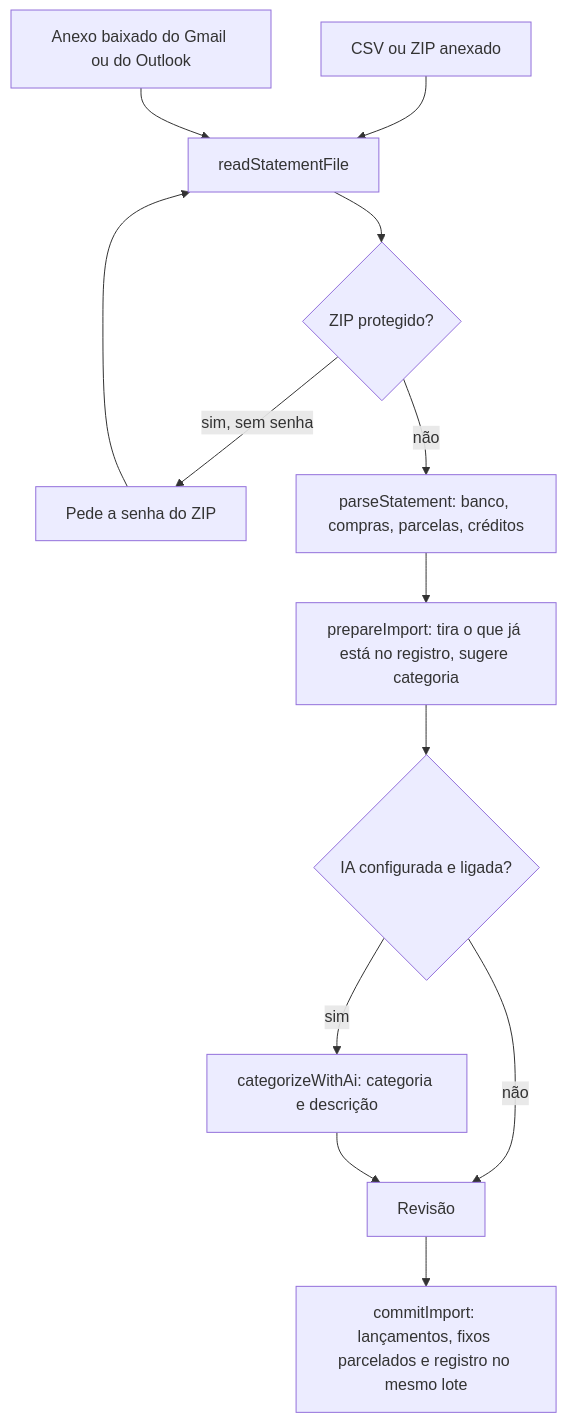
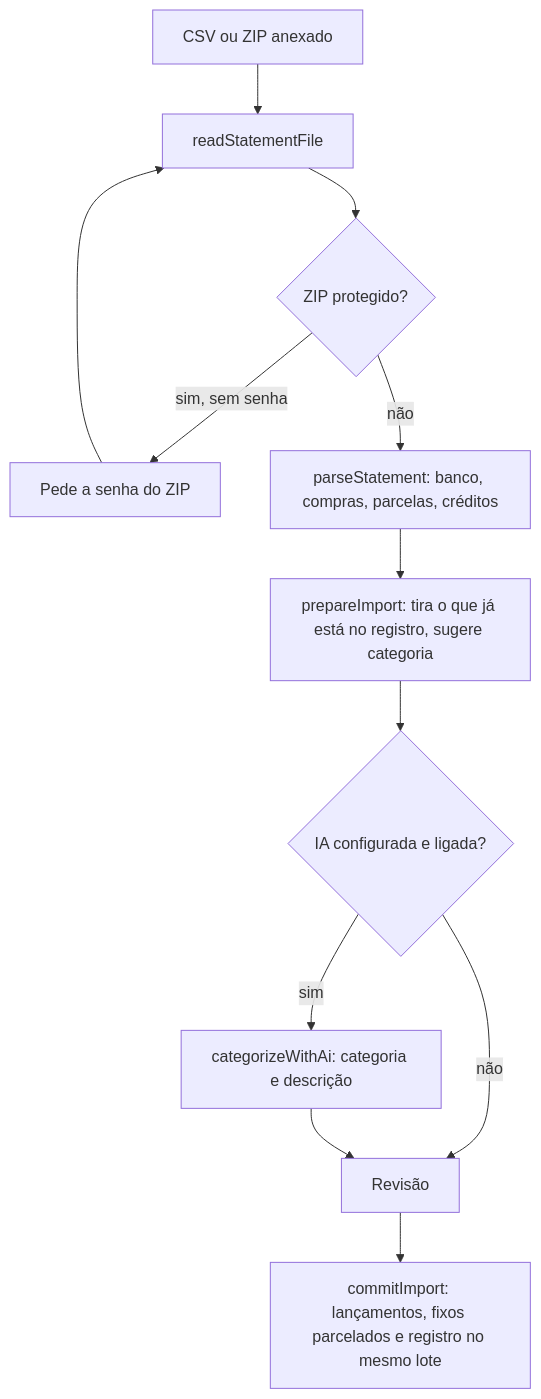
The diagram in docs/11-importacao-e-ia.md (RuanPS01/cash-organizer-web), drawn with Mermaid before and after one commit. The commit also changed other lines of this file and 29 other files, not shown here.

````diff
--- a/docs/11-importacao-e-ia.md
+++ b/docs/11-importacao-e-ia.md
@@ -28,15 +26,14 @@
 ```mermaid
 flowchart TD
   A["CSV ou ZIP anexado"] --> C["readStatementFile"]
-  B["Anexo baixado do Gmail ou do Outlook"] --> C
   C --> D{"ZIP protegido?"}
   D -- "sim, sem senha" --> E["Pede a senha do ZIP"]
   E --> C
   D -- "não" --> F["parseStatement: banco, compras, parcelas, créditos"]
   F --> G["prepareImport: tira o que já está no registro, sugere categoria"]
   G --> H{"IA configurada e ligada?"}
   H -- "sim" --> I["categorizeWithAi: categoria e descrição"]
   H -- "não" --> J["Revisão"]
   I --> J
   J --> K["commitImport: lançamentos, fixos parcelados e registro no mesmo lote"]
 ```
````
